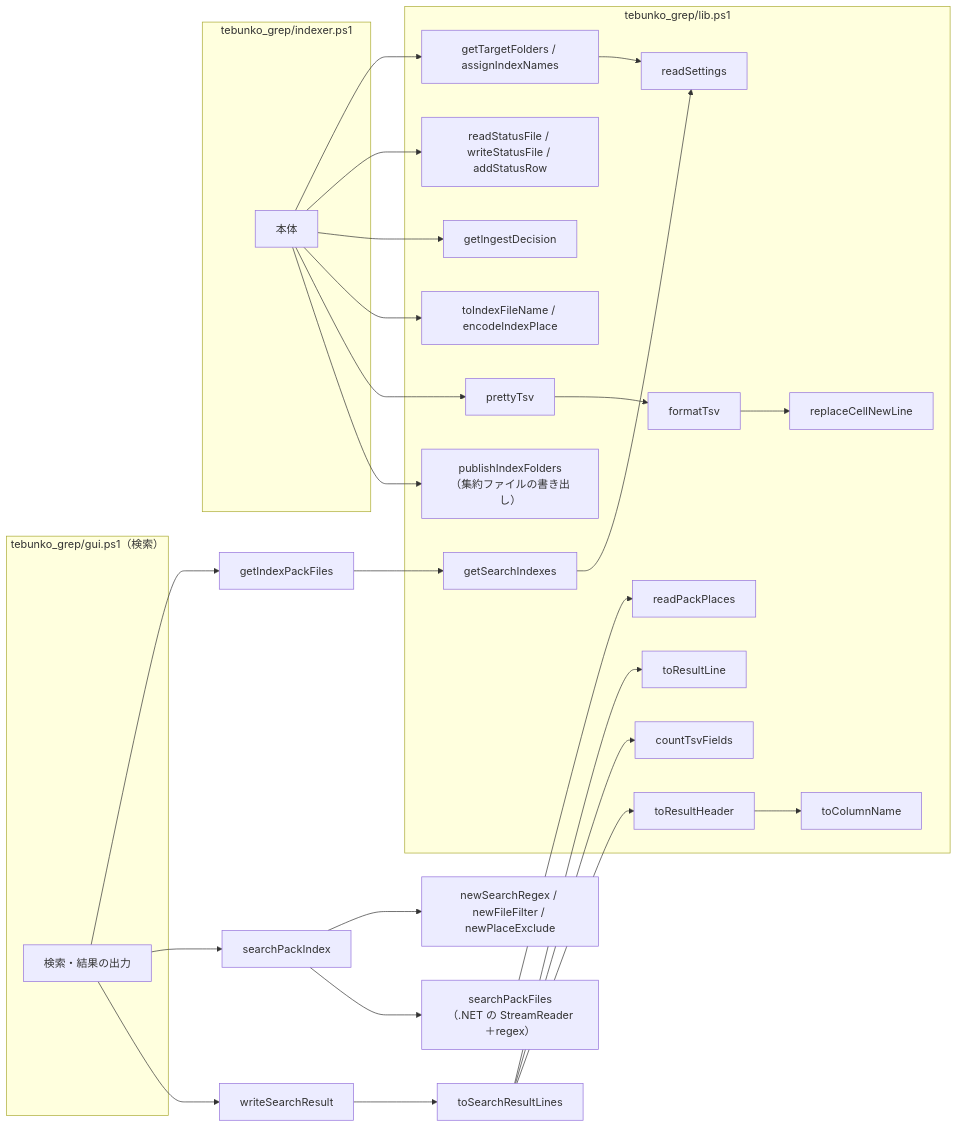
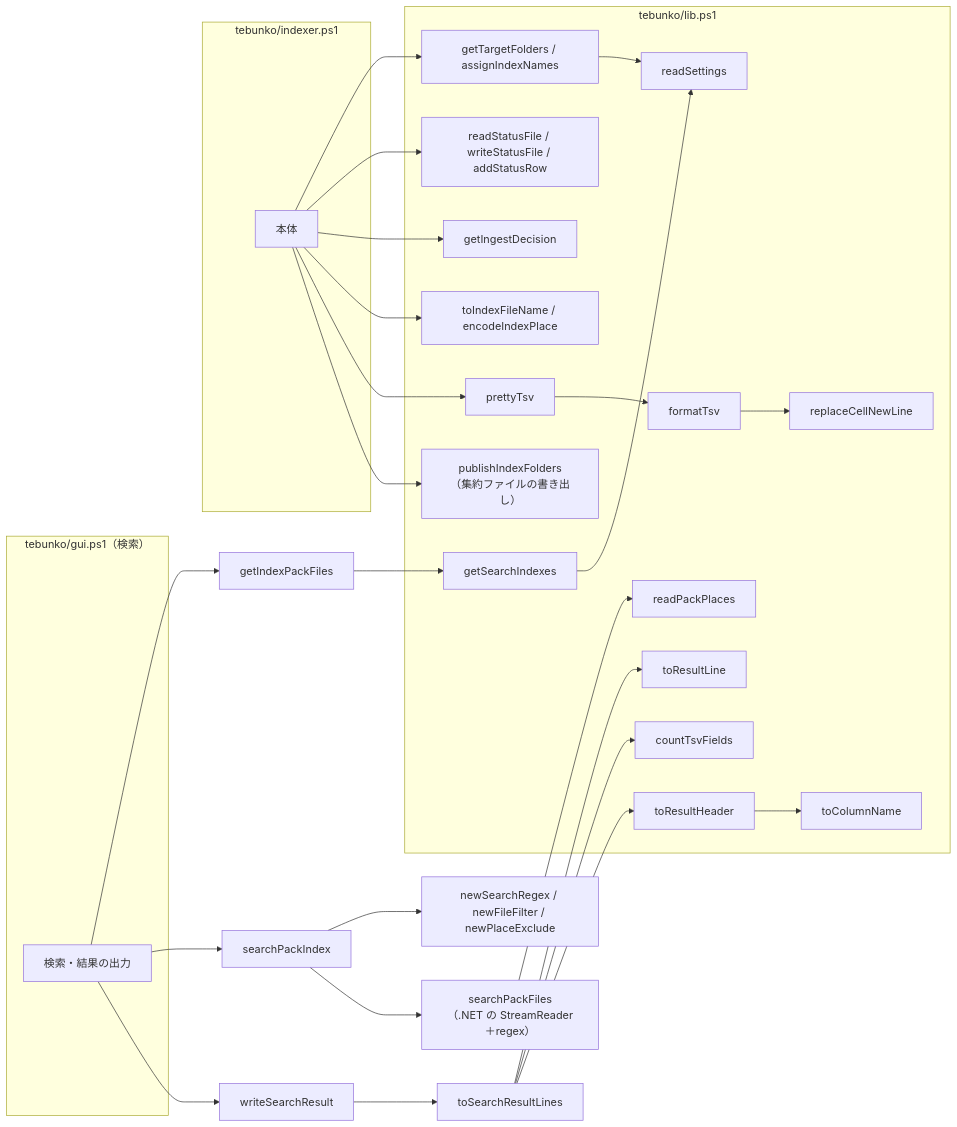
One commit to hsgwa/tebunko changed the second of 3 diagrams in docs/00_共通_2_共通モジュール.md. Above: the diagram before and after it, drawn with Mermaid. The commit also changed other lines of this file and 169 other files, not shown here.

````diff
--- a/docs/00_共通_2_共通モジュール.md
+++ b/docs/00_共通_2_共通モジュール.md
@@ -227,41 +227,41 @@
 ```mermaid
 flowchart LR
-    subgraph OTS["tebunko_grep/indexer.ps1"]
+    subgraph OTS["tebunko/indexer.ps1"]
         OT["本体"]
     end
-    subgraph GRS["tebunko_grep/gui.ps1（検索）"]
+    subgraph GRS["tebunko/gui.ps1（検索）"]
         GR["検索・結果の出力"]
     end
-    subgraph CMS["tebunko_grep/lib.ps1"]
+    subgraph CMS["tebunko/lib.ps1"]
         RCL["readSettings"]
         RSF["readStatusFile / writeStatusFile / addStatusRow"]
         GTF["getTargetFolders / assignIndexNames"]
         GID["getIngestDecision"]
         GIF["getSearchIndexes"]
         TSF["toIndexFileName / encodeIndexPlace"]
         RNL["replaceCellNewLine"]
         FT["formatTsv"]
         PT["prettyTsv"]
         PUB["publishIndexFolders<br>（集約ファイルの書き出し）"]
         RPP["readPackPlaces"]
         TRL["toResultLine"]
         CTF["countTsvFields"]
         TRH["toResultHeader"]
         TCN["toColumnName"]
     end
 
     OT --> GTF --> RCL
     OT --> RSF
     OT --> GID
     OT --> TSF
     OT --> PT --> FT --> RNL
     OT --> PUB
     GR --> ITF["getIndexPackFiles"] --> GIF --> RCL
     GR --> SI["searchPackIndex"]
     SI --> NSR["newSearchRegex / newFileFilter / newPlaceExclude"]
     SI --> STF["searchPackFiles<br>（.NET の StreamReader＋regex）"] --> RPP
     GR --> WSR["writeSearchResult"] --> TSR["toSearchResultLines"]
     TSR --> TRL
     TSR --> CTF
     TSR --> TRH --> TCN
 ```
````
